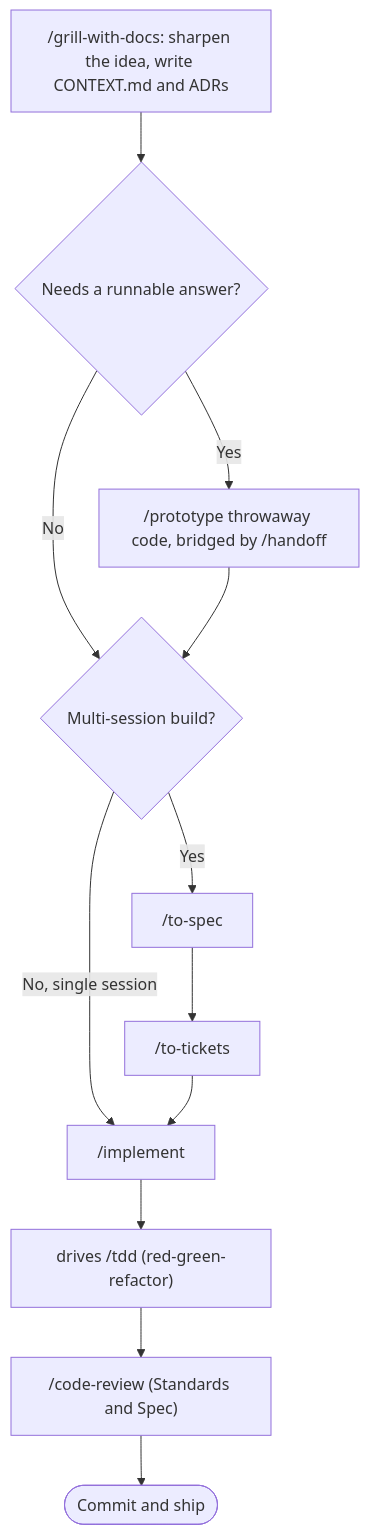
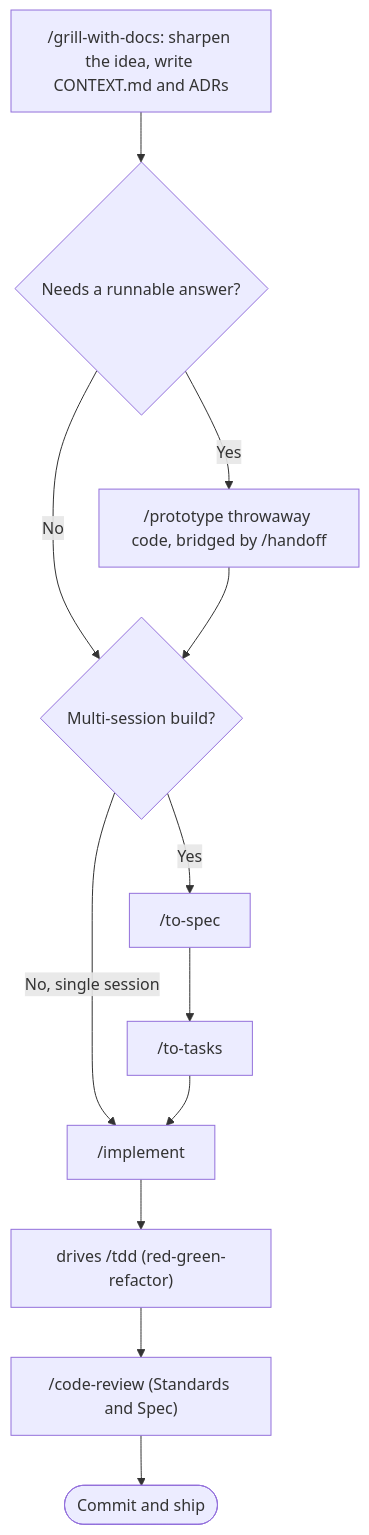
Before and after one commit to sammykumar/sk-skills: the second of 2 diagrams in README.md, drawn with Mermaid. The commit also changed other lines of this file and 61 other files, not shown here.

````diff
--- a/README.md
+++ b/README.md
@@ -99,12 +99,12 @@
 ```mermaid
 flowchart TD
     A["/grill-with-docs: sharpen the idea, write CONTEXT.md and ADRs"] --> B{"Needs a runnable answer?"}
     B -->|"Yes"| P["/prototype throwaway code, bridged by /handoff"]
     B -->|"No"| C{"Multi-session build?"}
     P --> C
     C -->|"No, single session"| I["/implement"]
-    C -->|"Yes"| S["/to-spec"] --> T["/to-tickets"] --> I
+    C -->|"Yes"| S["/to-spec"] --> T["/to-tasks"] --> I
     I --> J["drives /tdd (red-green-refactor)"]
     J --> K["/code-review (Standards and Spec)"]
     K --> L(["Commit and ship"])
 ```
````
